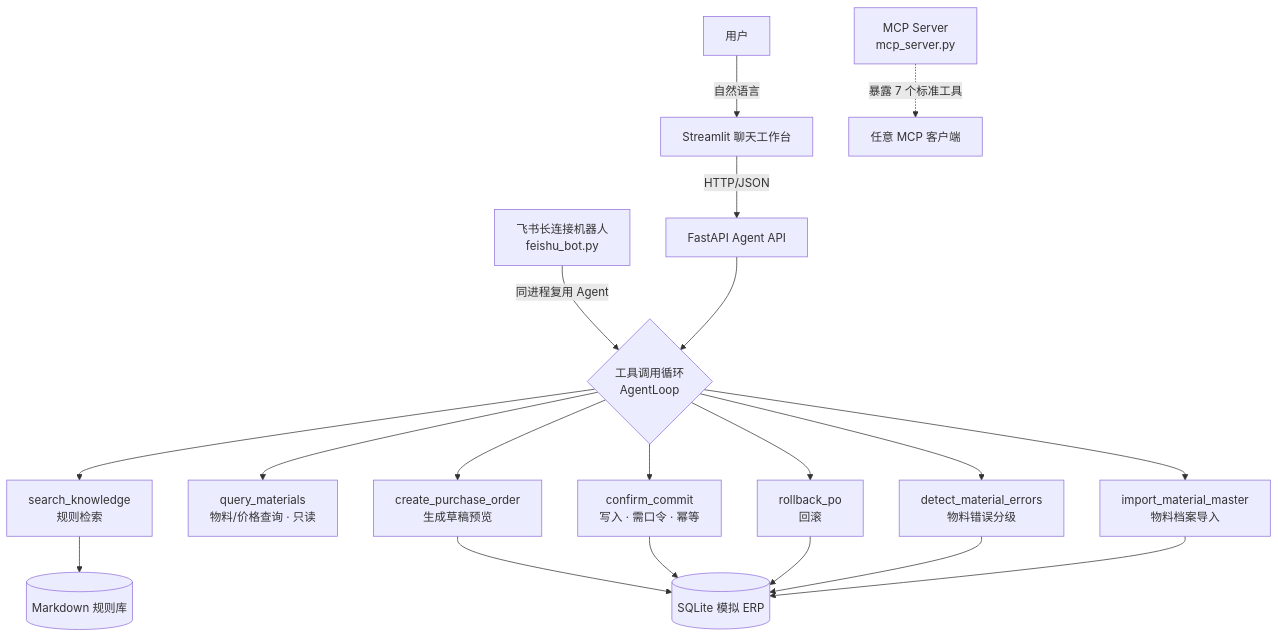
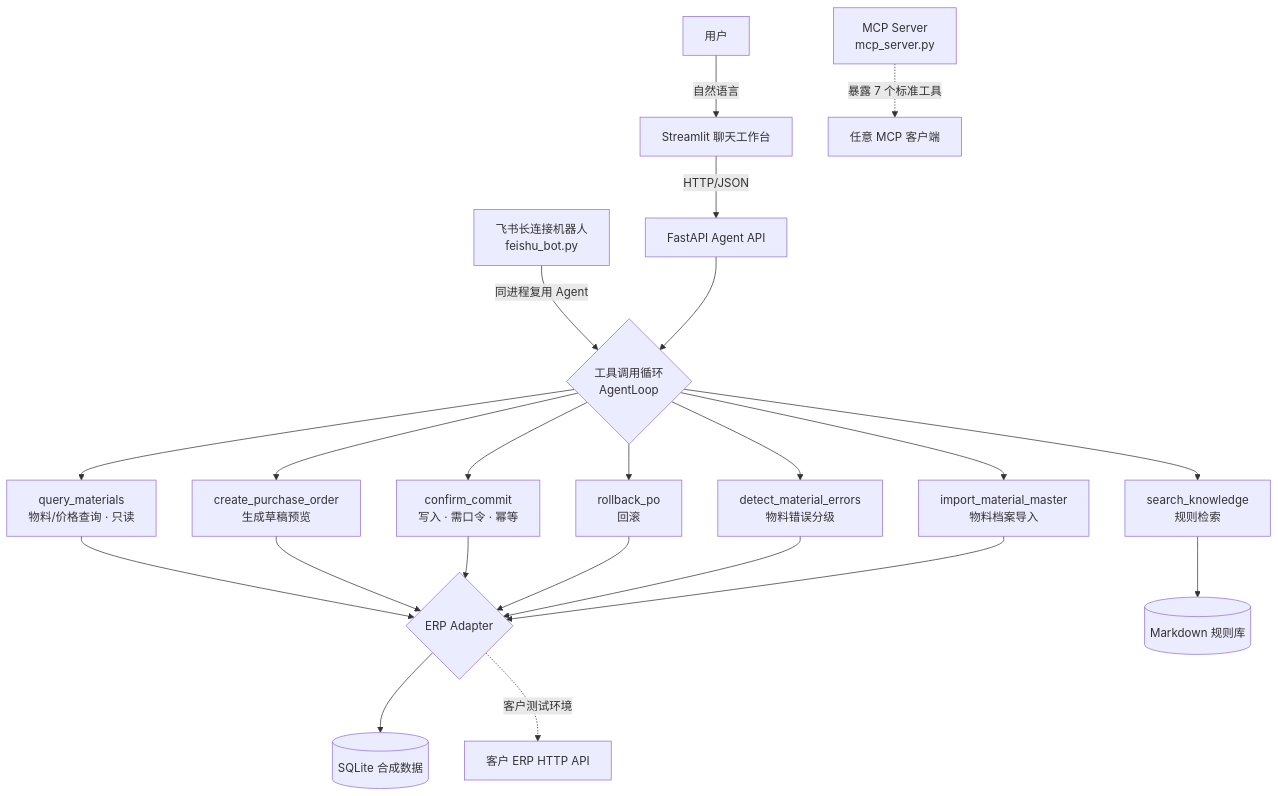
One commit to qiandewucimi-cpu/erp-procurement-agent changed the diagram in README.md. Above: the diagram before and after it, drawn with Mermaid. The commit also changed other lines of this file and 9 other files, not shown here.

Commit message:
feat: add replaceable ERP adapter layer

````diff
--- a/README.md
+++ b/README.md
@@ -26,21 +26,24 @@
 ```mermaid
 flowchart TB
     U[用户] -->|自然语言| UI[Streamlit 聊天工作台]
     UI -->|HTTP/JSON| API[FastAPI Agent API]
     FS[飞书长连接机器人<br/>feishu_bot.py] -->|同进程复用 Agent| LOOP
     API --> LOOP{工具调用循环<br/>AgentLoop}
     LOOP --> SK[search_knowledge<br/>规则检索]
     LOOP --> QM[query_materials<br/>物料/价格查询 · 只读]
     LOOP --> CP[create_purchase_order<br/>生成草稿预览]
     LOOP --> CC[confirm_commit<br/>写入 · 需口令 · 幂等]
     LOOP --> RB[rollback_po<br/>回滚]
     LOOP --> DM[detect_material_errors<br/>物料错误分级]
     LOOP --> IM[import_material_master<br/>物料档案导入]
-    CP --> DB[(SQLite 模拟 ERP)]
-    CC --> DB
-    RB --> DB
-    DM --> DB
-    IM --> DB
+    QM --> ADAPTER{ERP Adapter}
+    CP --> ADAPTER
+    CC --> ADAPTER
+    RB --> ADAPTER
+    DM --> ADAPTER
+    IM --> ADAPTER
+    ADAPTER --> DB[(SQLite 合成数据)]
+    ADAPTER -.客户测试环境.-> HTTP[客户 ERP HTTP API]
     SK --> KB[(Markdown 规则库)]
     MCP[MCP Server<br/>mcp_server.py] -.->|暴露 7 个标准工具| EXT[任意 MCP 客户端]
 ```
````
